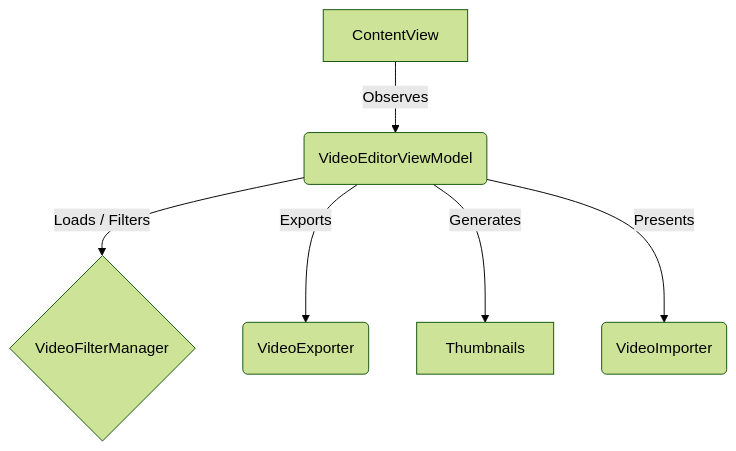
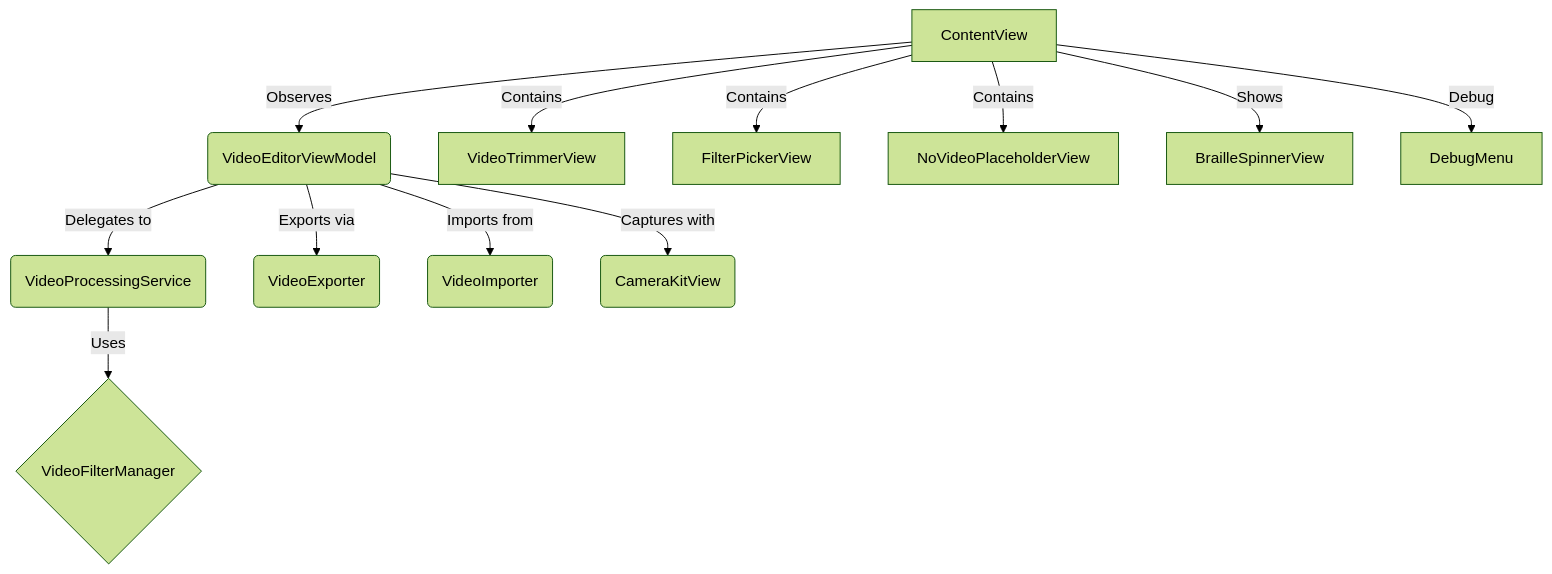
The diagram in README.md (arach/Loopa), drawn with Mermaid (forest theme) before and after one commit. The commit also changed other lines of this file, not shown here.

First line of the commit message:
📝 Update README with latest features and architecture

````diff
--- a/README.md
+++ b/README.md
@@ -22,8 +43,14 @@
 ```mermaid
 flowchart TD
     A[ContentView] -->|Observes| B(VideoEditorViewModel)
-    B -->|Loads / Filters| C{VideoFilterManager}
-    B -->|Exports| D(VideoExporter)
-    B -->|Generates| E[Thumbnails]
-    B -->|Presents| F(VideoImporter)
+    B -->|Delegates to| C(VideoProcessingService)
+    C -->|Uses| D{VideoFilterManager}
+    B -->|Exports via| E(VideoExporter)
+    B -->|Imports from| F(VideoImporter)
+    B -->|Captures with| G(CameraKitView)
+    A -->|Contains| H[VideoTrimmerView]
+    A -->|Contains| I[FilterPickerView]
+    A -->|Contains| J[NoVideoPlaceholderView]
+    A -->|Shows| K[BrailleSpinnerView]
+    A -->|Debug| L[DebugMenu]
 ```
````
